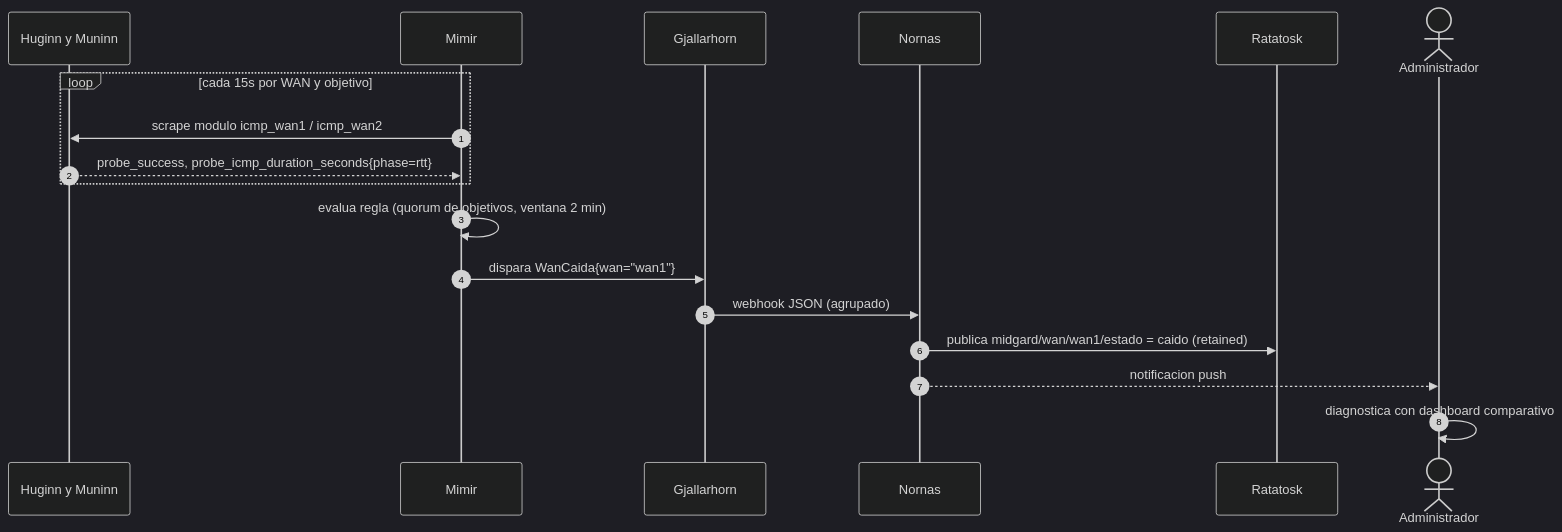
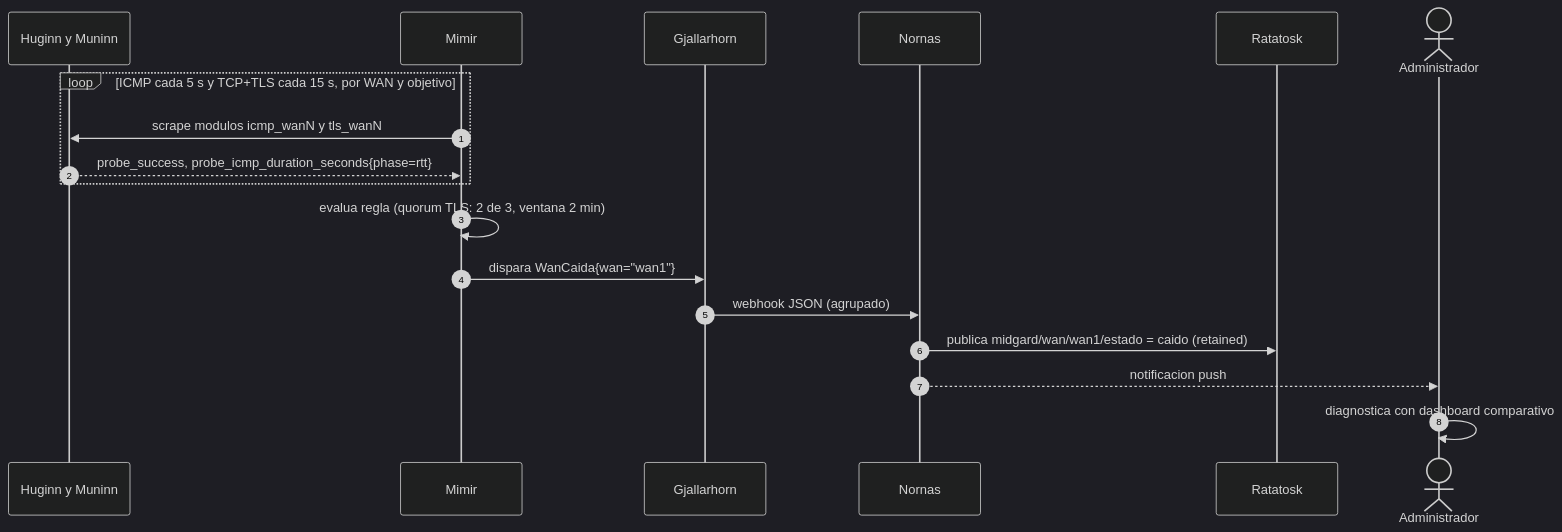
One commit to higerotech/yggdrasil changed the second of 5 diagrams in docs/02-design/architecture.md. Above: the diagram before and after it, drawn with Mermaid (dark theme). The commit also changed other lines of this file and 28 other files, not shown here.

````diff
--- a/docs/02-design/architecture.md
+++ b/docs/02-design/architecture.md
@@ -66,20 +80,20 @@
 ```mermaid
 sequenceDiagram
     autonumber
     participant BB as Huginn y Muninn
     participant P as Mimir
     participant AM as Gjallarhorn
     participant NR as Nornas
     participant MQ as Ratatosk
     actor A as Administrador
-    loop cada 15s por WAN y objetivo
-        P->>BB: scrape modulo icmp_wan1 / icmp_wan2
+    loop ICMP cada 5 s y TCP+TLS cada 15 s, por WAN y objetivo
+        P->>BB: scrape modulos icmp_wanN y tls_wanN
         BB-->>P: probe_success, probe_icmp_duration_seconds{phase=rtt}
     end
-    P->>P: evalua regla (quorum de objetivos, ventana 2 min)
+    P->>P: evalua regla (quorum TLS: 2 de 3, ventana 2 min)
     P->>AM: dispara WanCaida{wan="wan1"}
     AM->>NR: webhook JSON (agrupado)
     NR->>MQ: publica midgard/wan/wan1/estado = caido (retained)
     NR-->>A: notificacion push
     A->>A: diagnostica con dashboard comparativo
 ```
````
